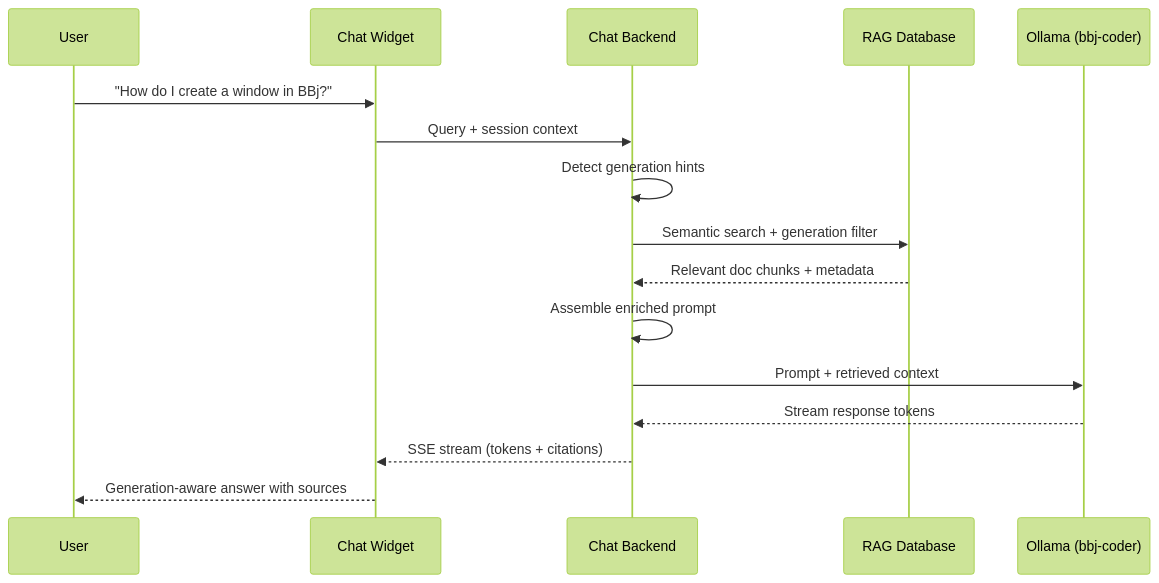
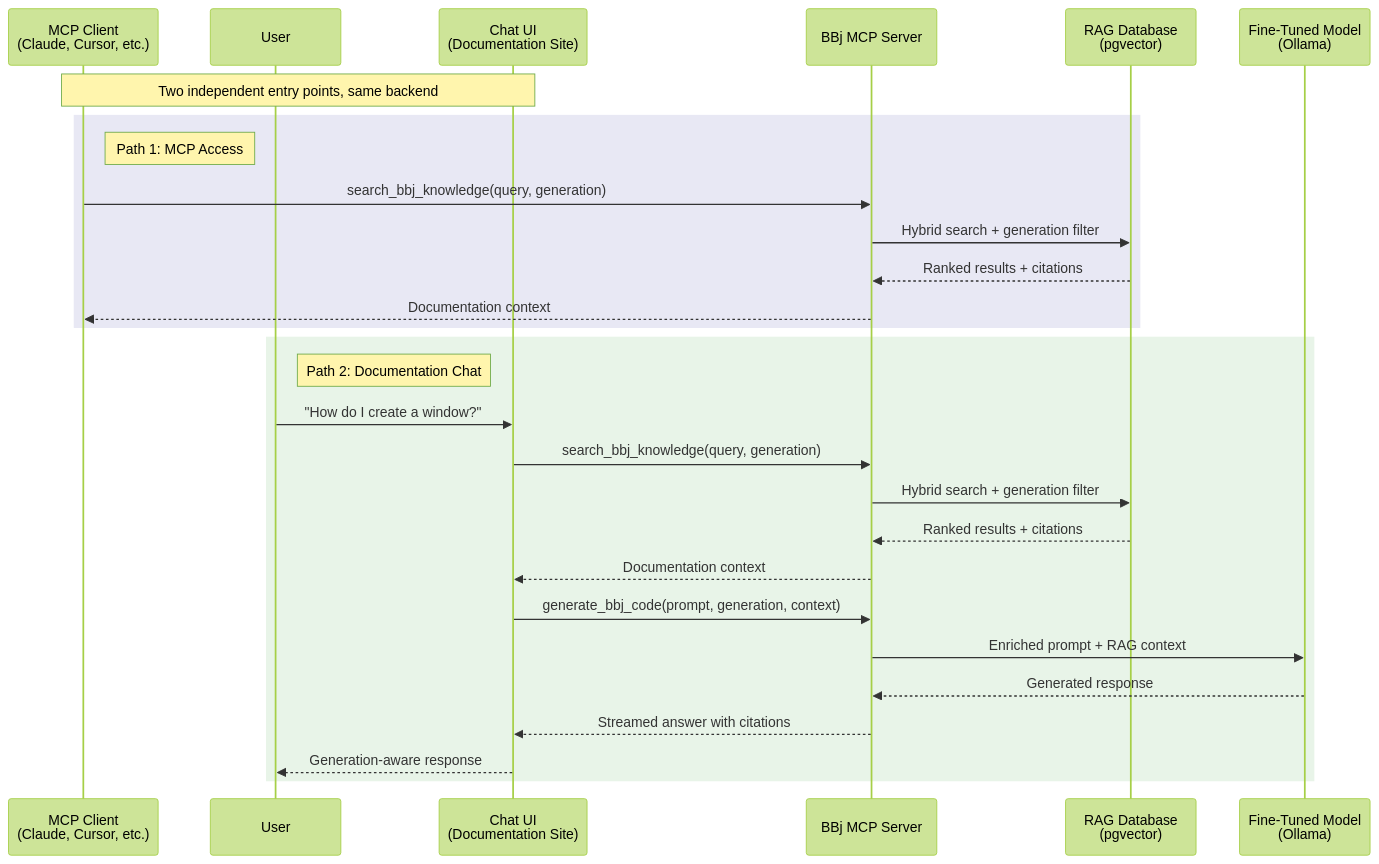
One commit to StephanWald/bbj-ai-strategy changed the diagram in docs/05-documentation-chat/index.md. Above: the diagram before and after it, drawn with Mermaid (forest theme). The commit also changed other lines of this file, not shown here.

First line of the commit message:
feat(17-01): restructure Chapter 5 with two-path framing (MCP + chat)

````diff
--- a/docs/05-documentation-chat/index.md
+++ b/docs/05-documentation-chat/index.md
@@ -132,19 +191,33 @@
 ```mermaid
 sequenceDiagram
-    participant U as User
-    participant CW as Chat Widget
-    participant BE as Chat Backend
-    participant RAG as RAG Database
-    participant LLM as Ollama (bbj-coder)
+    participant MCPClient as MCP Client<br/>(Claude, Cursor, etc.)
+    participant User as User
+    participant ChatUI as Chat UI<br/>(Documentation Site)
+    participant Server as BBj MCP Server
+    participant RAG as RAG Database<br/>(pgvector)
+    participant Model as Fine-Tuned Model<br/>(Ollama)
 
-    U->>CW: "How do I create a window in BBj?"
-    CW->>BE: Query + session context
-    BE->>BE: Detect generation hints
-    BE->>RAG: Semantic search + generation filter
-    RAG-->>BE: Relevant doc chunks + metadata
-    BE->>BE: Assemble enriched prompt
-    BE->>LLM: Prompt + retrieved context
-    LLM-->>BE: Stream response tokens
-    BE-->>CW: SSE stream (tokens + citations)
-    CW-->>U: Generation-aware answer with sources
+    Note over MCPClient,ChatUI: Two independent entry points, same backend
+
+    rect rgb(232, 232, 244)
+    Note right of MCPClient: Path 1: MCP Access
+    MCPClient->>Server: search_bbj_knowledge(query, generation)
+    Server->>RAG: Hybrid search + generation filter
+    RAG-->>Server: Ranked results + citations
+    Server-->>MCPClient: Documentation context
+    end
+
+    rect rgb(232, 244, 232)
+    Note right of User: Path 2: Documentation Chat
+    User->>ChatUI: "How do I create a window?"
+    ChatUI->>Server: search_bbj_knowledge(query, generation)
+    Server->>RAG: Hybrid search + generation filter
+    RAG-->>Server: Ranked results + citations
+    Server-->>ChatUI: Documentation context
+    ChatUI->>Server: generate_bbj_code(prompt, generation, context)
+    Server->>Model: Enriched prompt + RAG context
+    Model-->>Server: Generated response
+    Server-->>ChatUI: Streamed answer with citations
+    ChatUI-->>User: Generation-aware response
+    end
 ```
````
